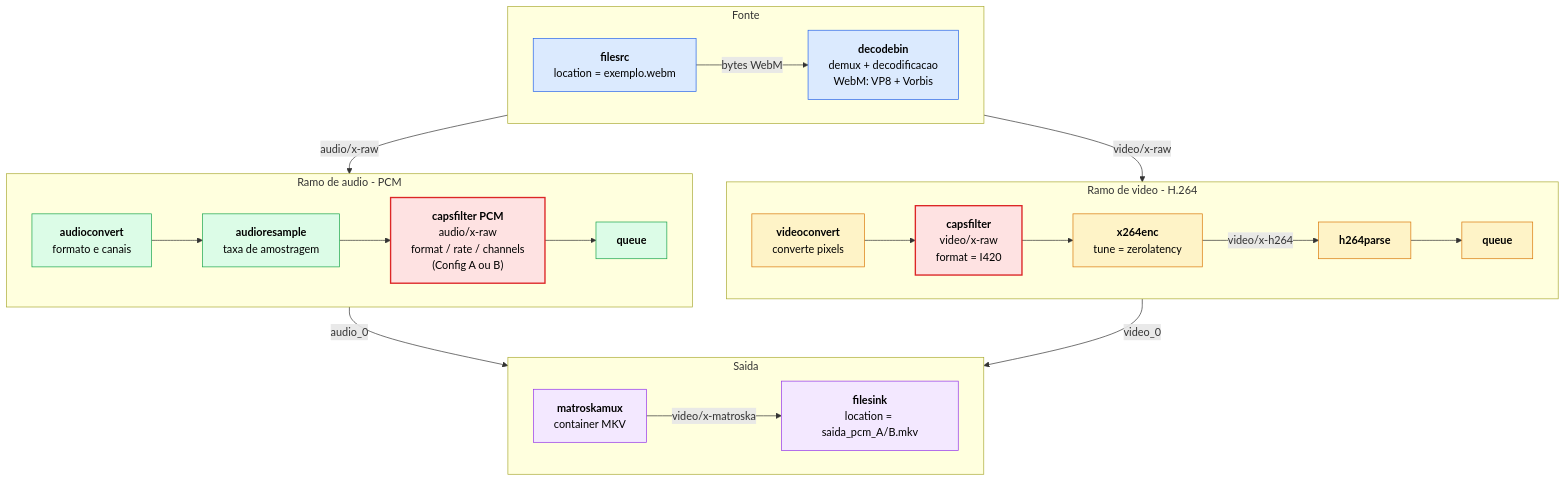
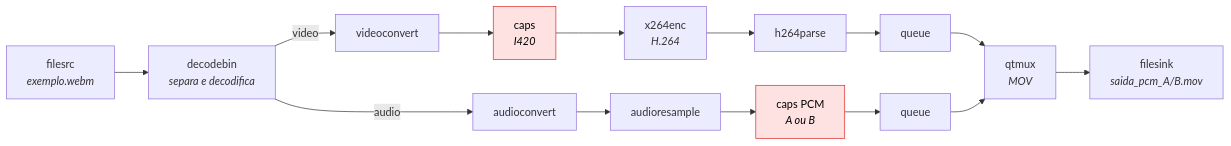
Before and after one commit to Raikyr4/Atividade-Pipeline-GStream: the first of 4 diagrams in exercicio-2/docs/diagramas.md, drawn with Mermaid. The commit also changed other lines of this file and 6 other files, not shown here.

First line of the commit message:
fix: saida em MOV para audio estereo no Windows e diagramas simplificados

````diff
--- a/exercicio-2/docs/diagramas.md
+++ b/exercicio-2/docs/diagramas.md
@@ -22,51 +9,12 @@
 ```mermaid
-flowchart TB
-    subgraph ENTRADA["Fonte"]
-        direction LR
-        FS["<b>filesrc</b><br/>location = exemplo.webm"]
-        DB["<b>decodebin</b><br/>demux + decodificacao<br/>WebM: VP8 + Vorbis"]
-        FS -->|"bytes WebM"| DB
-    end
+flowchart LR
+    FS["filesrc<br/><i>exemplo.webm</i>"] --> DB["decodebin<br/><i>separa e decodifica</i>"]
 
-    subgraph VIDEO["Ramo de video - H.264"]
-        direction LR
-        VC["<b>videoconvert</b><br/>converte pixels"]
-        VF["<b>capsfilter</b><br/>video/x-raw<br/>format = I420"]
-        X264["<b>x264enc</b><br/>tune = zerolatency"]
-        HP["<b>h264parse</b>"]
-        QV["<b>queue</b>"]
-        VC --> VF --> X264 -->|"video/x-h264"| HP --> QV
-    end
+    DB -->|video| VC["videoconvert"] --> VCAPS["caps<br/><i>I420</i>"] --> X264["x264enc<br/><i>H.264</i>"] --> HP["h264parse"] --> QV["queue"] --> MUX
+    DB -->|audio| AC["audioconvert"] --> AR["audioresample"] --> ACAPS["caps PCM<br/><i>A ou B</i>"] --> QA["queue"] --> MUX
 
-    subgraph AUDIO["Ramo de audio - PCM"]
-        direction LR
-        AC["<b>audioconvert</b><br/>formato e canais"]
-        AR["<b>audioresample</b><br/>taxa de amostragem"]
-        AF["<b>capsfilter PCM</b><br/>audio/x-raw<br/>format / rate / channels<br/>(Config A ou B)"]
-        QA["<b>queue</b>"]
-        AC --> AR --> AF --> QA
-    end
+    MUX["qtmux<br/><i>MOV</i>"] --> SINK["filesink<br/><i>saida_pcm_A/B.mov</i>"]
 
-    subgraph SAIDA["Saida"]
-        direction LR
-        MUX["<b>matroskamux</b><br/>container MKV"]
-        SINK["<b>filesink</b><br/>location = saida_pcm_A/B.mkv"]
-        MUX -->|"video/x-matroska"| SINK
-    end
-
-    DB -->|"video/x-raw"| VC
-    DB -->|"audio/x-raw"| AC
-    QV -->|"video_0"| MUX
-    QA -->|"audio_0"| MUX
-
-    classDef fonte fill:#dbeafe,stroke:#2563eb,color:#000
-    classDef video fill:#fef3c7,stroke:#d97706,color:#000
-    classDef audio fill:#dcfce7,stroke:#16a34a,color:#000
-    classDef saida fill:#f3e8ff,stroke:#9333ea,color:#000
-    classDef caps fill:#fee2e2,stroke:#dc2626,color:#000,stroke-width:2px
-    class FS,DB fonte
-    class VC,X264,HP,QV video
-    class AC,AR,QA audio
-    class MUX,SINK saida
-    class VF,AF caps
+    classDef caps fill:#fee2e2,stroke:#dc2626,color:#000
+    class VCAPS,ACAPS caps
 ```
````
